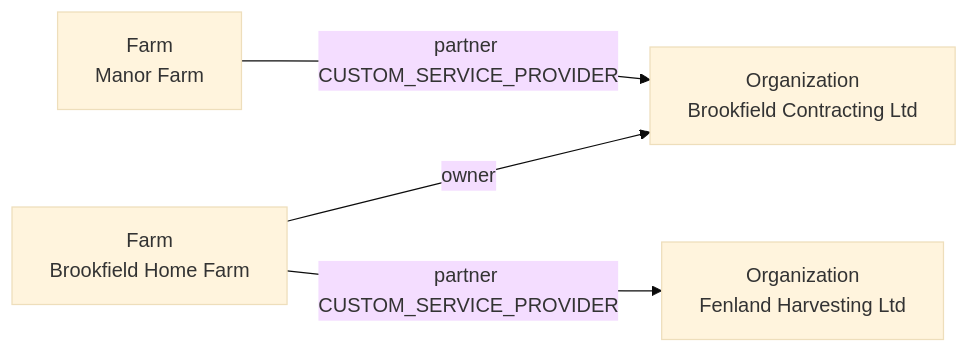
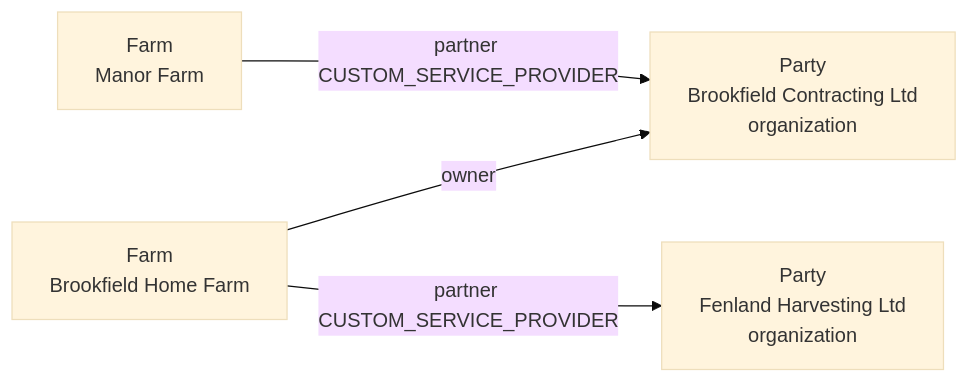
The fifth of 6 diagrams in architecture/08-party-model.md (DKE-Data/masterdata-sync-working-group), drawn with Mermaid (base theme) before and after one commit. The commit also changed other lines of this file and 8 other files, not shown here.

Commit message:
spec: conflate person and organization into party entity

````diff
--- a/architecture/08-party-model.md
+++ b/architecture/08-party-model.md
@@ -127,6 +147,6 @@
 ```mermaid
 flowchart LR
-    FM["Farm \n Brookfield Home Farm"] -->|"owner"| M["Organization \n Brookfield Contracting Ltd"]
+    FM["Farm \n Brookfield Home Farm"] -->|"owner"| M["Party \n Brookfield Contracting Ltd \n organization"]
     FW["Farm \n Manor Farm"] -->|"partner CUSTOM_SERVICE_PROVIDER"| M
-    FM -->|"partner CUSTOM_SERVICE_PROVIDER"| S["Organization \n Fenland Harvesting Ltd"]
+    FM -->|"partner CUSTOM_SERVICE_PROVIDER"| S["Party \n Fenland Harvesting Ltd \n organization"]
 ```
````
